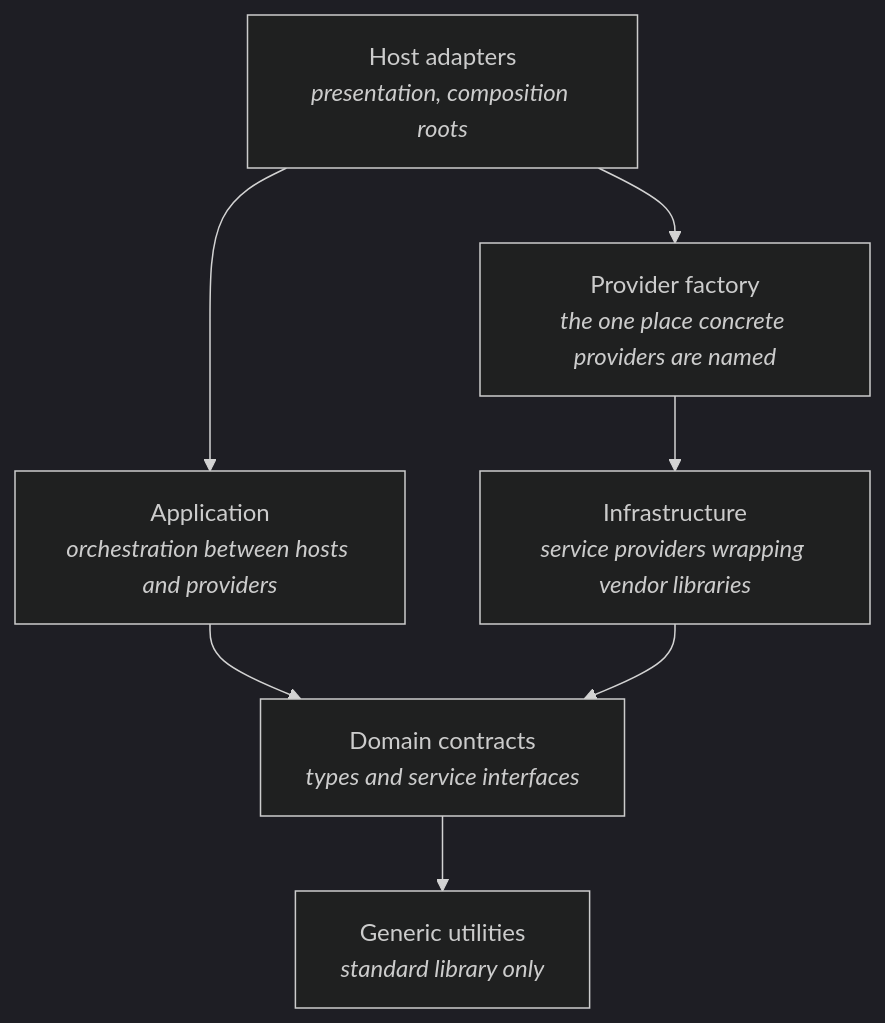
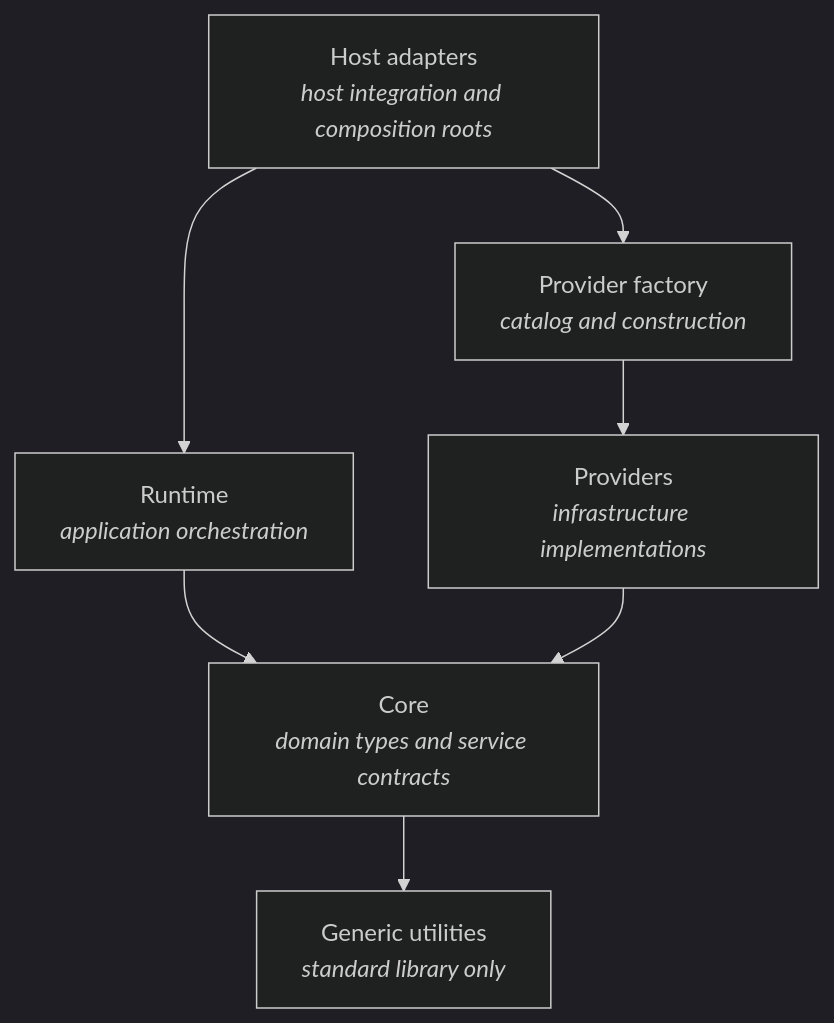
Before and after one commit to xarillian/GDLlama: the diagram in docs/ARCHITECTURE.md, drawn with Mermaid (dark theme). The commit also changed other lines of this file, not shown here.

Commit message:
architecture md cleanup

````diff
--- a/docs/ARCHITECTURE.md
+++ b/docs/ARCHITECTURE.md
@@ -15,16 +14,16 @@
 ```mermaid
 graph TB
-    host["Host adapters<br/><i>presentation, composition roots</i>"]
-    comp["Provider factory<br/><i>the one place concrete providers are named</i>"]
-    app["Application<br/><i>orchestration between hosts and providers</i>"]
-    infra["Infrastructure<br/><i>service providers wrapping vendor libraries</i>"]
-    core["Domain contracts<br/><i>types and service interfaces</i>"]
+    host["Host adapters<br/><i>host integration and composition roots</i>"]
+    comp["Provider factory<br/><i>catalog and construction</i>"]
+    app["Runtime<br/><i>application orchestration</i>"]
+    infra["Providers<br/><i>infrastructure implementations</i>"]
+    core["Core<br/><i>domain types and service contracts</i>"]
     util["Generic utilities<br/><i>standard library only</i>"]
 
     host --> app
     host --> comp
     comp --> infra
     app --> core
     infra --> core
     core --> util
 ```
````
